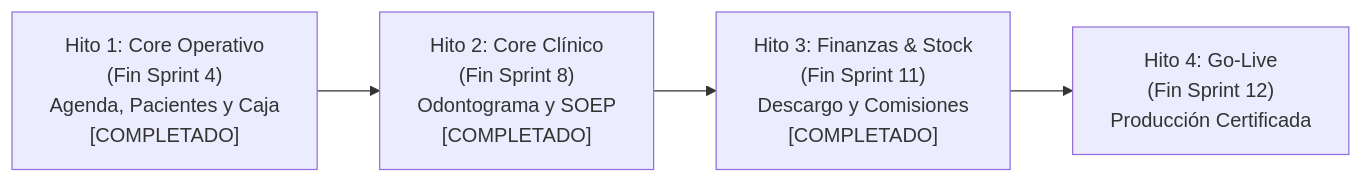
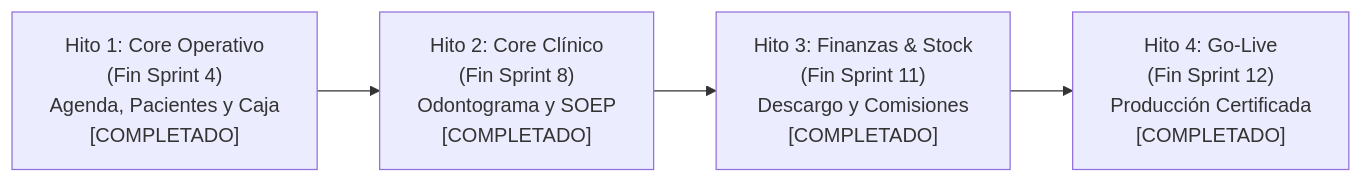
The diagram in PLAN_DE_IMPLEMENTACION.md (ginobermudez76/Software-Odontologico), drawn with Mermaid before and after one commit. The commit also changed other lines of this file and 90 other files, not shown here.

````diff
--- a/PLAN_DE_IMPLEMENTACION.md
+++ b/PLAN_DE_IMPLEMENTACION.md
@@ -31,11 +31,11 @@
 ```mermaid
 flowchart LR
     M1["Hito 1: Core Operativo\n(Fin Sprint 4)\nAgenda, Pacientes y Caja\n[COMPLETADO]"]
     M2["Hito 2: Core Clínico\n(Fin Sprint 8)\nOdontograma y SOEP\n[COMPLETADO]"]
     M3["Hito 3: Finanzas & Stock\n(Fin Sprint 11)\nDescargo y Comisiones\n[COMPLETADO]"]
-    M4["Hito 4: Go-Live\n(Fin Sprint 12)\nProducción Certificada"]
+    M4["Hito 4: Go-Live\n(Fin Sprint 12)\nProducción Certificada\n[COMPLETADO]"]
 
     M1 --> M2
     M2 --> M3
     M3 --> M4
 ```
````
